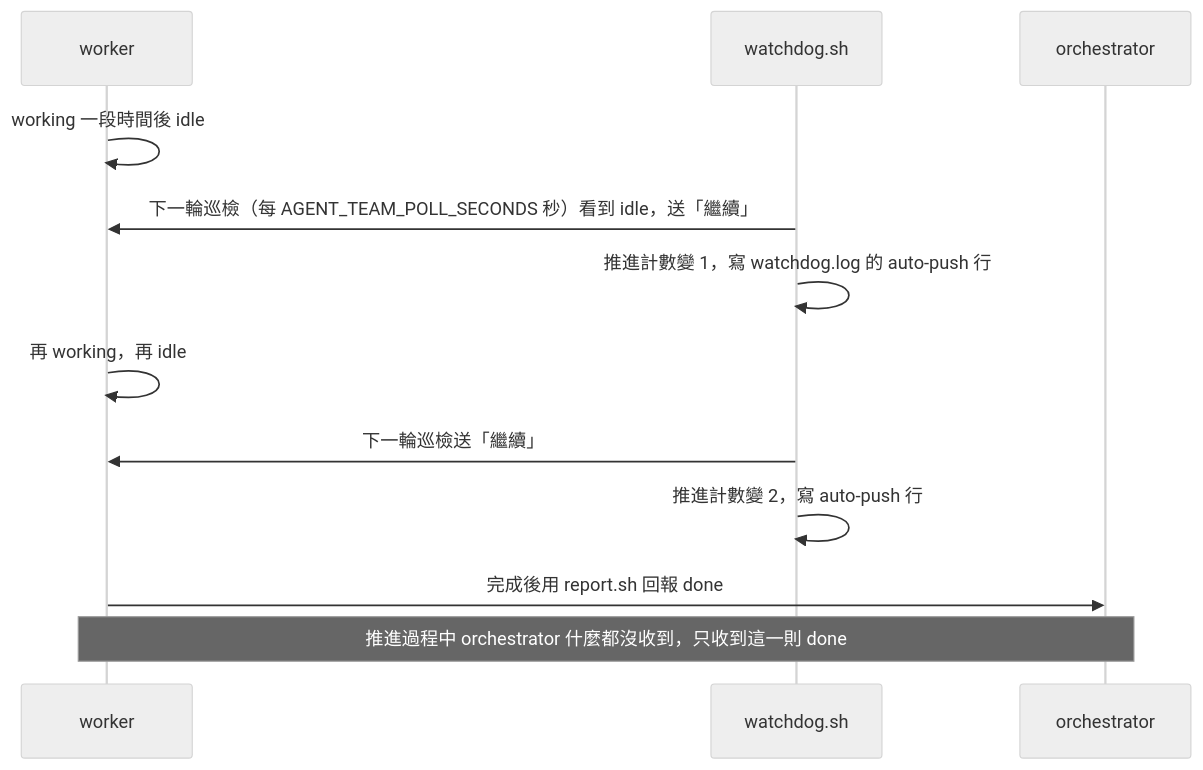
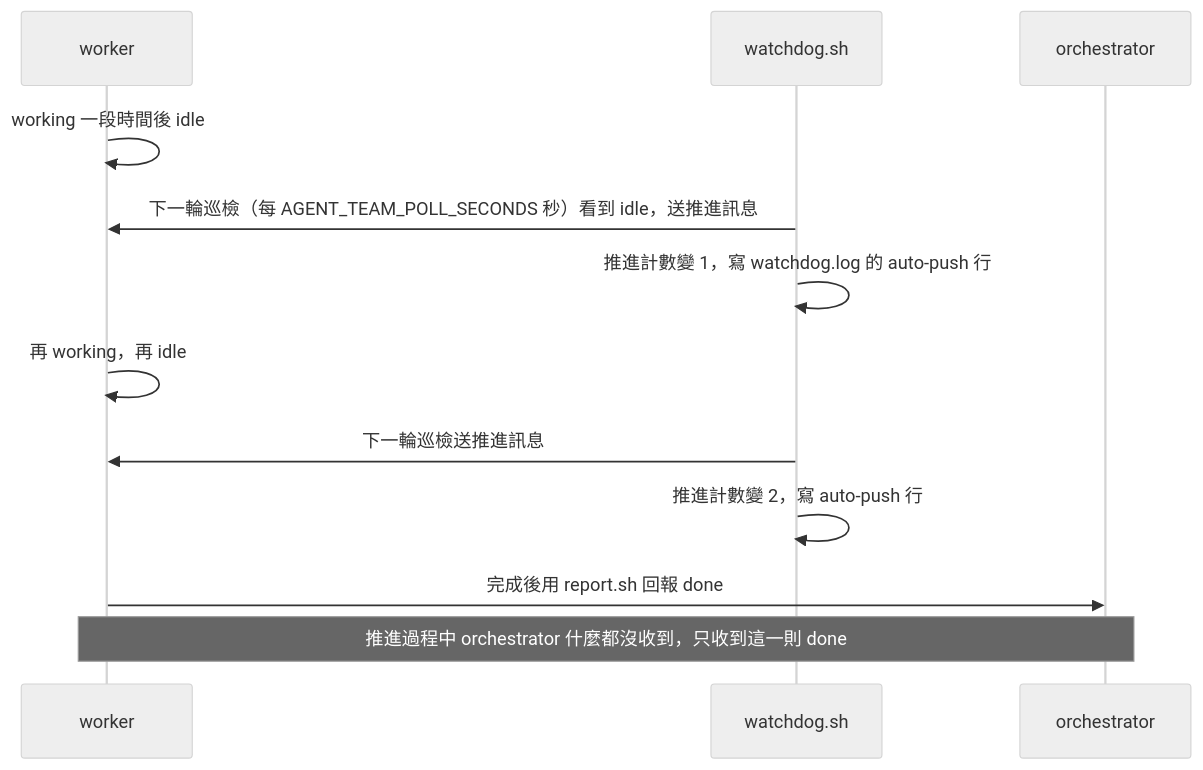
Before and after one commit to chenghung/my-claude-code-settings: diagram 13 of 18 in skills/herdr-agent-team/README.md, drawn with Mermaid (neutral theme). The commit also changed other lines of this file and 12 other files, not shown here.

First line of the commit message:
fix(skill): [herdr-agent-team] point watchdog auto-push at the reporting contract

````diff
--- a/skills/herdr-agent-team/README.md
+++ b/skills/herdr-agent-team/README.md
@@ -632,15 +635,15 @@
 ```mermaid
 sequenceDiagram
     participant W as worker
     participant D as watchdog.sh
     participant O as orchestrator
 
     W->>W: working 一段時間後 idle
-    D->>W: 下一輪巡檢（每 AGENT_TEAM_POLL_SECONDS 秒）看到 idle，送「繼續」
+    D->>W: 下一輪巡檢（每 AGENT_TEAM_POLL_SECONDS 秒）看到 idle，送推進訊息
     D->>D: 推進計數變 1，寫 watchdog.log 的 auto-push 行
     W->>W: 再 working，再 idle
-    D->>W: 下一輪巡檢送「繼續」
+    D->>W: 下一輪巡檢送推進訊息
     D->>D: 推進計數變 2，寫 auto-push 行
     W->>O: 完成後用 report.sh 回報 done
     Note over W,O: 推進過程中 orchestrator 什麼都沒收到，只收到這一則 done
 ```
````
